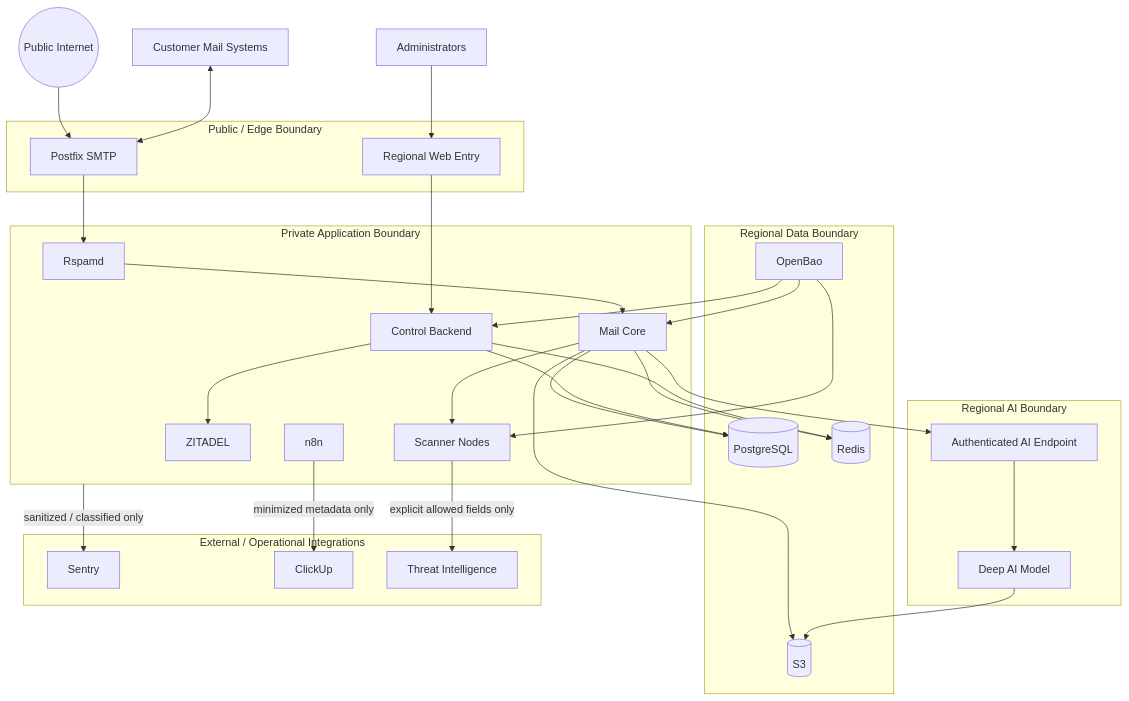
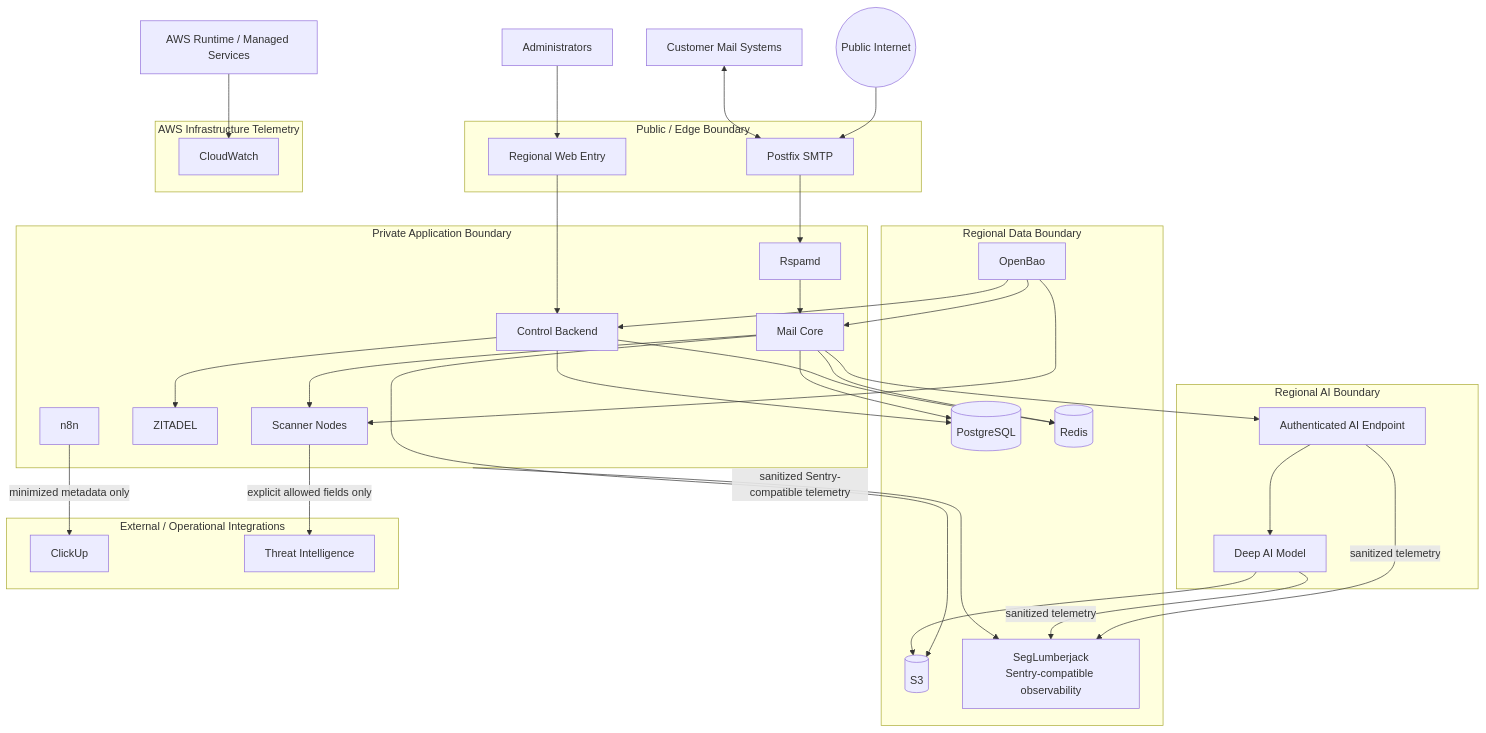
The diagram in docs/diagrams/09-trust-boundaries.mmd (Oba-SEG/Nullapart), drawn with Mermaid before and after one commit.

Commit message:
docs: correct observability trust boundaries

```diff
--- a/docs/diagrams/09-trust-boundaries.mmd
+++ b/docs/diagrams/09-trust-boundaries.mmd
@@ -1,62 +1,71 @@
 flowchart TB
     Internet((Public Internet))
     Customer[Customer Mail Systems]
     Admin[Administrators]
 
     subgraph PublicEdge["Public / Edge Boundary"]
         SMTP[Postfix SMTP]
         Web[Regional Web Entry]
     end
 
     subgraph PrivateApp["Private Application Boundary"]
         Rspamd[Rspamd]
         MailCore[Mail Core]
         Scanners[Scanner Nodes]
         Control[Control Backend]
         IDP[ZITADEL]
         N8N[n8n]
     end
 
     subgraph DataBoundary["Regional Data Boundary"]
         PG[(PostgreSQL)]
         Redis[(Redis)]
         S3[(S3)]
         Secrets[OpenBao]
+        Seg[SegLumberjack\nSentry-compatible observability]
     end
 
     subgraph AIBoundary["Regional AI Boundary"]
         AIGateway[Authenticated AI Endpoint]
         Model[Deep AI Model]
     end
 
+    subgraph AWSOps["AWS Infrastructure Telemetry"]
+        CW[CloudWatch]
+    end
+
     subgraph ExternalOps["External / Operational Integrations"]
-        Sentry[Sentry]
         ClickUp[ClickUp]
         TI[Threat Intelligence]
     end
 
     Internet --> SMTP
     Customer <--> SMTP
     Admin --> Web
 
     SMTP --> Rspamd --> MailCore
     Web --> Control
     Control --> IDP
 
     MailCore --> Scanners
     MailCore --> PG
     MailCore --> Redis
     MailCore --> S3
     Control --> PG
     Control --> Redis
 
     Secrets --> MailCore
     Secrets --> Scanners
     Secrets --> Control
 
     MailCore --> AIGateway --> Model
     Model --> S3
 
-    PrivateApp -->|sanitized / classified only| Sentry
+    PrivateApp -->|sanitized Sentry-compatible telemetry| Seg
+    AIGateway -->|sanitized telemetry| Seg
+    Model -->|sanitized telemetry| Seg
+
+    AWS[AWS Runtime / Managed Services] --> CW
+
     N8N -->|minimized metadata only| ClickUp
     Scanners -->|explicit allowed fields only| TI
```
